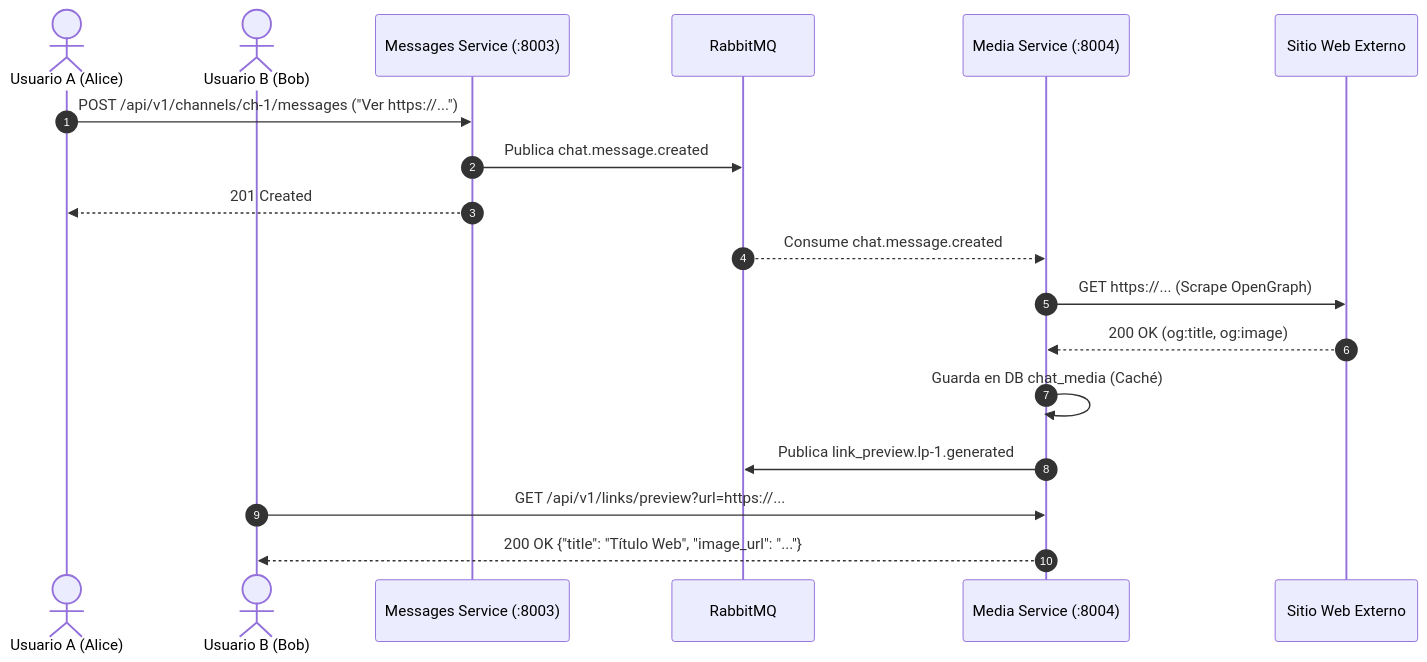
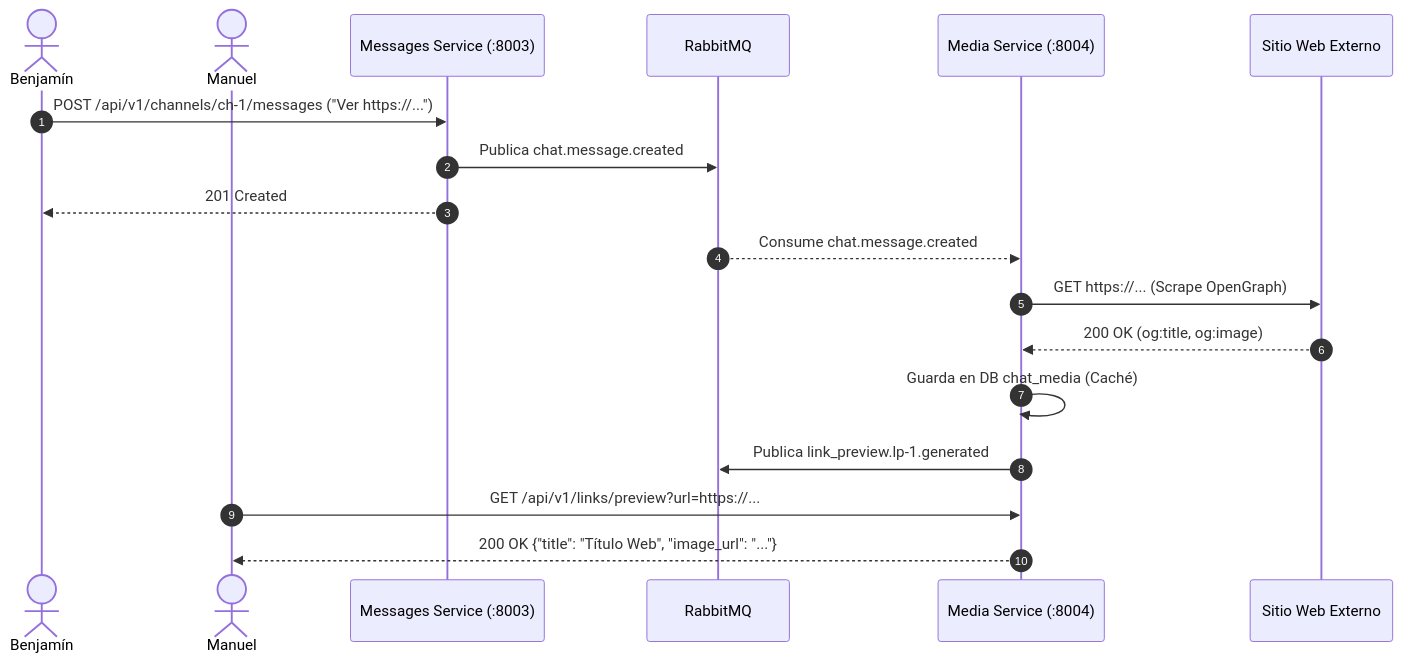
Before and after one commit to 667r/microservicios: the third of 3 diagrams in 03_Comunicación/slides.md, drawn with Mermaid. The commit also changed other lines of this file and 1 other file, not shown here.

````diff
--- a/03_Comunicación/slides.md
+++ b/03_Comunicación/slides.md
@@ -225,23 +225,23 @@
 ```mermaid
 sequenceDiagram
     autonumber
-    actor Alice as Usuario A (Alice)
-    actor Bob as Usuario B (Bob)
+    actor Benjamin as Benjamín
+    actor Manuel as Manuel
     participant Messages as Messages Service (:8003)
     participant Broker as RabbitMQ
     participant Media as Media Service (:8004)
     participant ExtWeb as Sitio Web Externo
 
-    Alice->>Messages: POST /api/v1/channels/ch-1/messages ("Ver https://...")
+    Benjamin->>Messages: POST /api/v1/channels/ch-1/messages ("Ver https://...")
     Messages->>Broker: Publica chat.message.created
-    Messages-->>Alice: 201 Created
+    Messages-->>Benjamin: 201 Created
 
     Broker-->>Media: Consume chat.message.created
     Media->>ExtWeb: GET https://... (Scrape OpenGraph)
     ExtWeb-->>Media: 200 OK (og:title, og:image)
     Media->>Media: Guarda en DB chat_media (Caché)
     Media->>Broker: Publica link_preview.lp-1.generated
 
-    Bob->>Media: GET /api/v1/links/preview?url=https://...
-    Media-->>Bob: 200 OK {"title": "Título Web", "image_url": "..."}
+    Manuel->>Media: GET /api/v1/links/preview?url=https://...
+    Media-->>Manuel: 200 OK {"title": "Título Web", "image_url": "..."}
 ```
````
